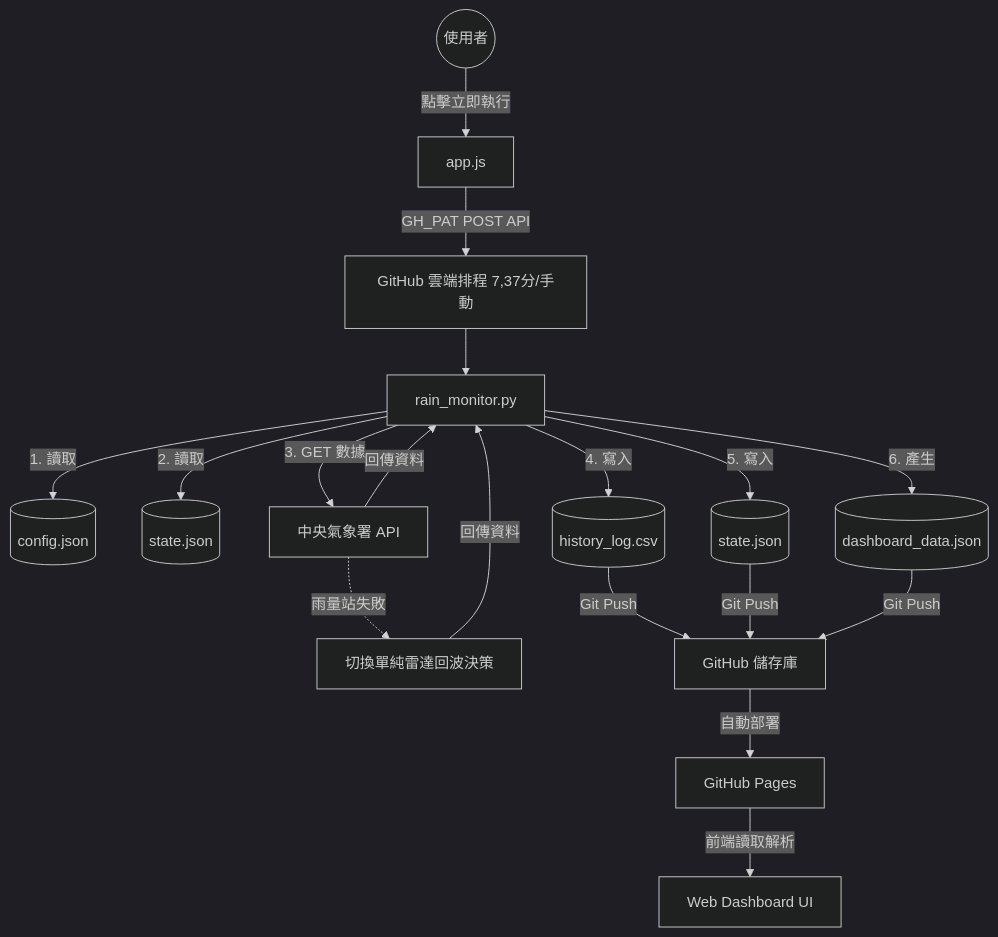
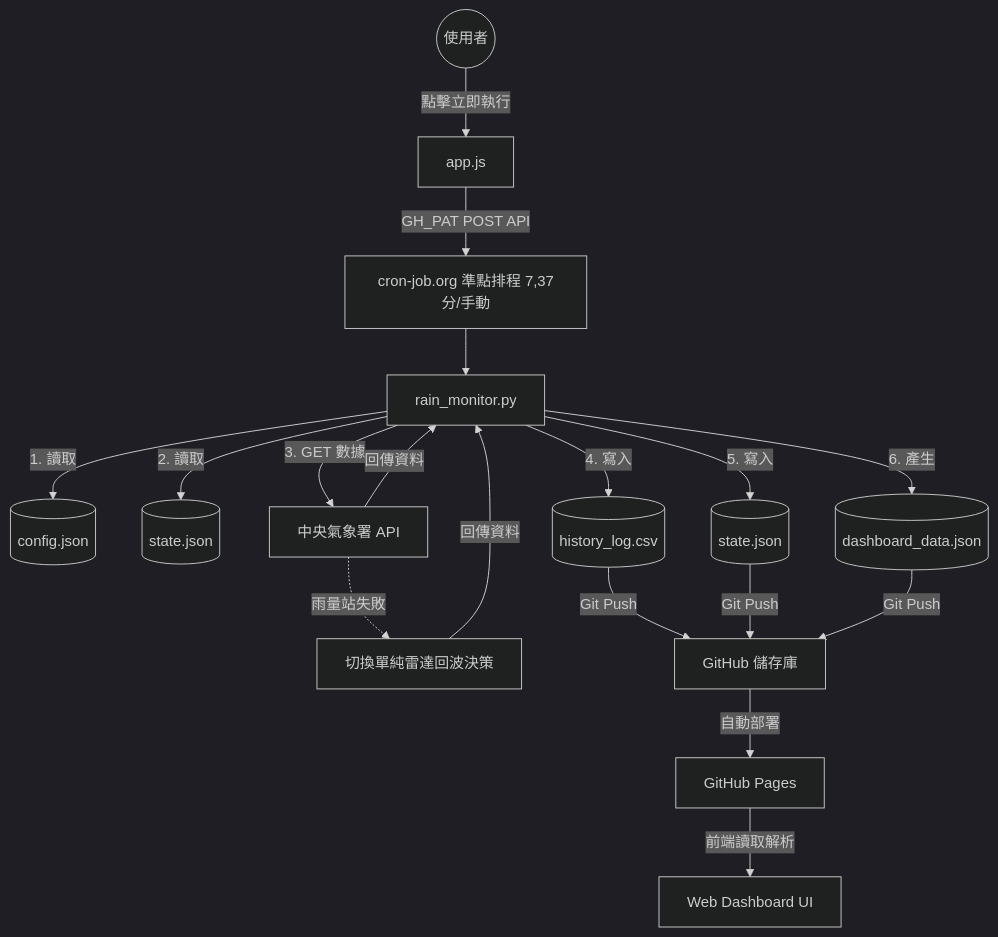
The diagram in AI_CONTEXT.md (fuyoung205122/company-line-notify), drawn with Mermaid (dark theme) before and after one commit. The commit also changed other lines of this file, not shown here.

Commit message:
docs: update AI_CONTEXT.md to reflect external cron trigger and new UI features

````diff
--- a/AI_CONTEXT.md
+++ b/AI_CONTEXT.md
@@ -55,25 +55,25 @@
 ```mermaid
 graph TD
     User((使用者)) -->|點擊立即執行| JS[app.js]
     JS -->|GH_PAT POST API| Trigger
     
-    Trigger[GitHub 雲端排程 7,37分/手動] --> Exec[rain_monitor.py]
+    Trigger[cron-job.org 準點排程 7,37分/手動] --> Exec[rain_monitor.py]
     Exec -->|1. 讀取| Config[(config.json)]
     Exec -->|2. 讀取| State[(state.json)]
     Exec -->|3. GET 數據| CWA[中央氣象署 API]
     CWA -.->|雨量站失敗| RadarOnly[切換單純雷達回波決策]
     
     CWA -->|回傳資料| Exec
     RadarOnly -->|回傳資料| Exec
 
     Exec -->|4. 寫入| History[(history_log.csv)]
     Exec -->|5. 寫入| StateOut[(state.json)]
     Exec -->|6. 產生| DashData[(dashboard_data.json)]
     
     History -->|Git Push| GitHub[GitHub 儲存庫]
     StateOut -->|Git Push| GitHub
     DashData -->|Git Push| GitHub
     
     GitHub -->|自動部署| Pages[GitHub Pages]
     Pages -->|前端讀取解析| Dashboard[Web Dashboard UI]
 ```
````
